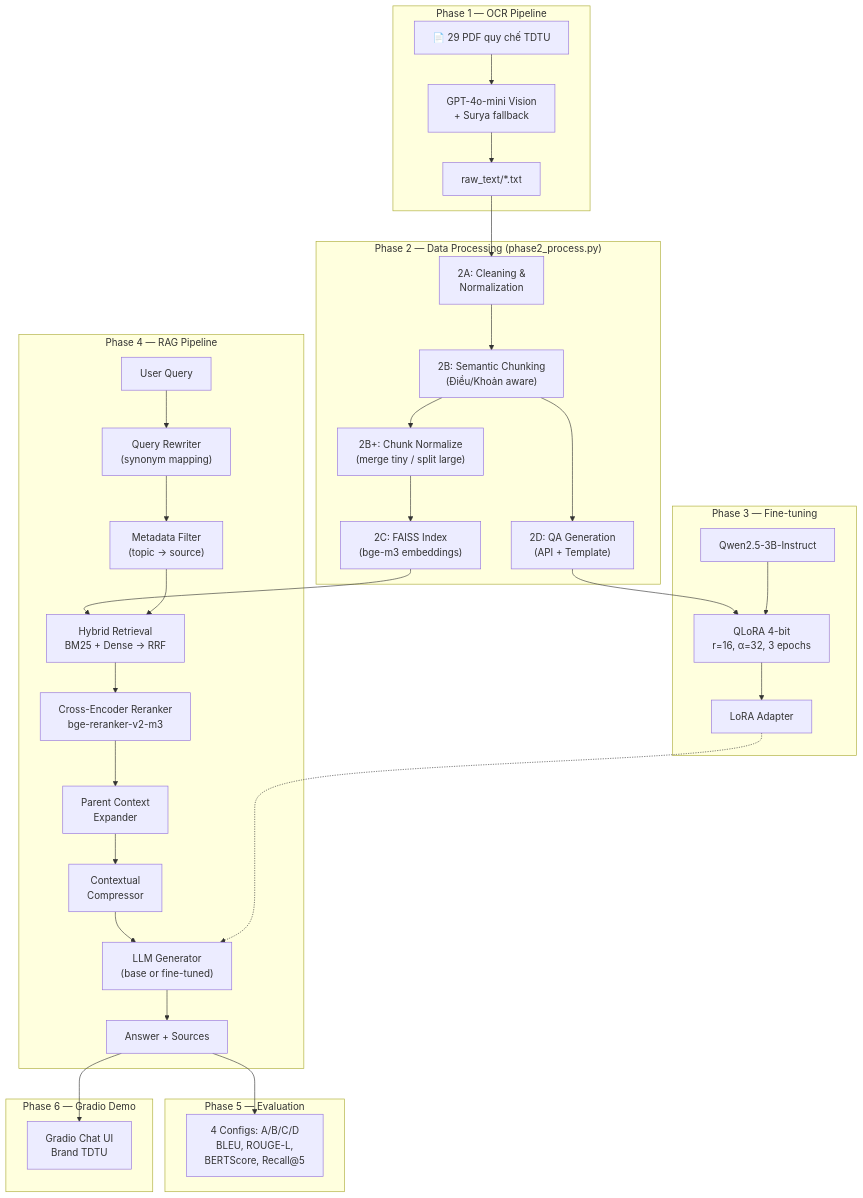
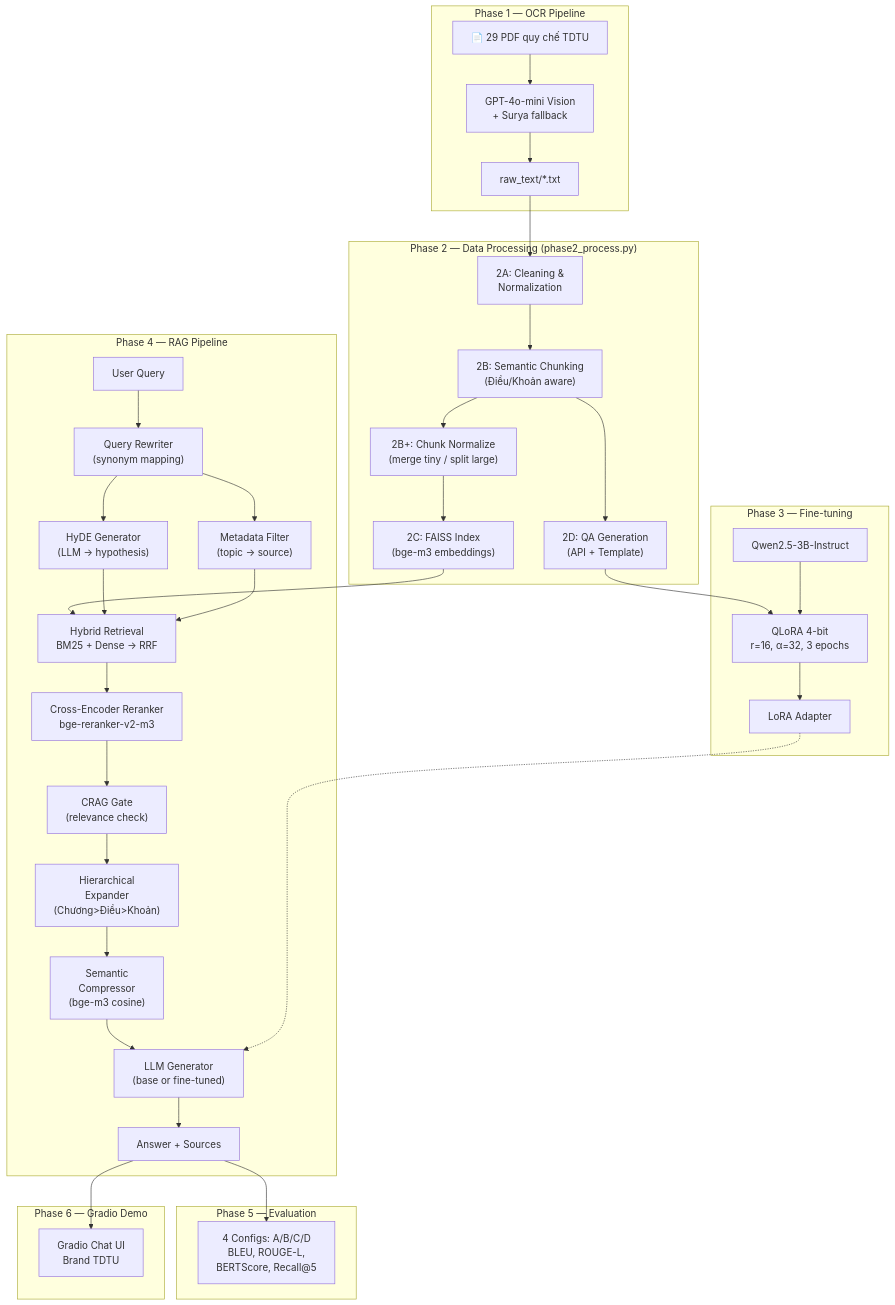
One commit to KwanFam26022005/tdtu-student-handbook-chatbot changed the first of 2 diagrams in architecture.md. Above: the diagram before and after it, drawn with Mermaid. The commit also changed other lines of this file and 2 other files, not shown here.

````diff
--- a/architecture.md
+++ b/architecture.md
@@ -41,53 +42,57 @@
 ```mermaid
 flowchart TB
     subgraph Phase1["Phase 1 — OCR Pipeline"]
         PDF["📄 29 PDF quy chế TDTU"]
         OCR["GPT-4o-mini Vision\n+ Surya fallback"]
         RAW["raw_text/*.txt"]
         PDF --> OCR --> RAW
     end
 
     subgraph Phase2["Phase 2 — Data Processing (phase2_process.py)"]
         CLEAN["2A: Cleaning &\nNormalization"]
         CHUNK["2B: Semantic Chunking\n(Điều/Khoản aware)"]
         NORM["2B+: Chunk Normalize\n(merge tiny / split large)"]
         FAISS["2C: FAISS Index\n(bge-m3 embeddings)"]
         QA["2D: QA Generation\n(API + Template)"]
         RAW --> CLEAN --> CHUNK --> NORM --> FAISS
         CHUNK --> QA
     end
 
     subgraph Phase3["Phase 3 — Fine-tuning"]
         BASE["Qwen2.5-3B-Instruct"]
         QLORA["QLoRA 4-bit\nr=16, α=32, 3 epochs"]
         LORA["LoRA Adapter"]
         QA --> QLORA
         BASE --> QLORA --> LORA
     end
 
     subgraph Phase4["Phase 4 — RAG Pipeline"]
         QUERY["User Query"]
         REWRITE["Query Rewriter\n(synonym mapping)"]
+        HYDE_BOX["HyDE Generator\n(LLM → hypothesis)"]
         FILTER["Metadata Filter\n(topic → source)"]
         HYBRID["Hybrid Retrieval\nBM25 + Dense → RRF"]
         RERANK["Cross-Encoder Reranker\nbge-reranker-v2-m3"]
-        EXPAND["Parent Context\nExpander"]
-        COMPRESS["Contextual\nCompressor"]
+        CRAG_BOX["CRAG Gate\n(relevance check)"]
+        EXPAND["Hierarchical\nExpander\n(Chương>Điều>Khoản)"]
+        COMPRESS["Semantic\nCompressor\n(bge-m3 cosine)"]
         GEN["LLM Generator\n(base or fine-tuned)"]
         ANS["Answer + Sources"]
         QUERY --> REWRITE --> FILTER
+        REWRITE --> HYDE_BOX
         FAISS --> HYBRID
-        FILTER --> HYBRID --> RERANK --> EXPAND --> COMPRESS --> GEN --> ANS
+        HYDE_BOX --> HYBRID
+        FILTER --> HYBRID --> RERANK --> CRAG_BOX --> EXPAND --> COMPRESS --> GEN --> ANS
         LORA -.-> GEN
     end
 
     subgraph Phase5["Phase 5 — Evaluation"]
         EVAL["4 Configs: A/B/C/D\nBLEU, ROUGE-L,\nBERTScore, Recall@5"]
         ANS --> EVAL
     end
 
     subgraph Phase6["Phase 6 — Gradio Demo"]
         UI["Gradio Chat UI\nBrand TDTU"]
         ANS --> UI
     end
 ```
````
